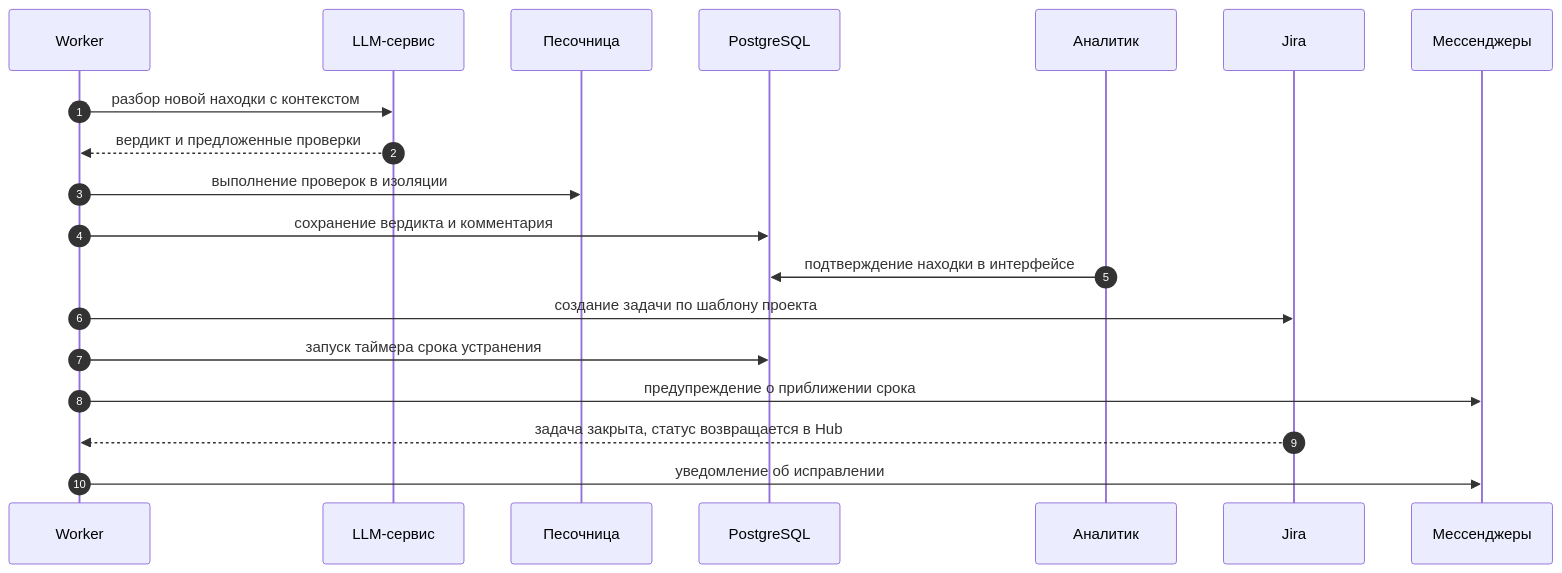
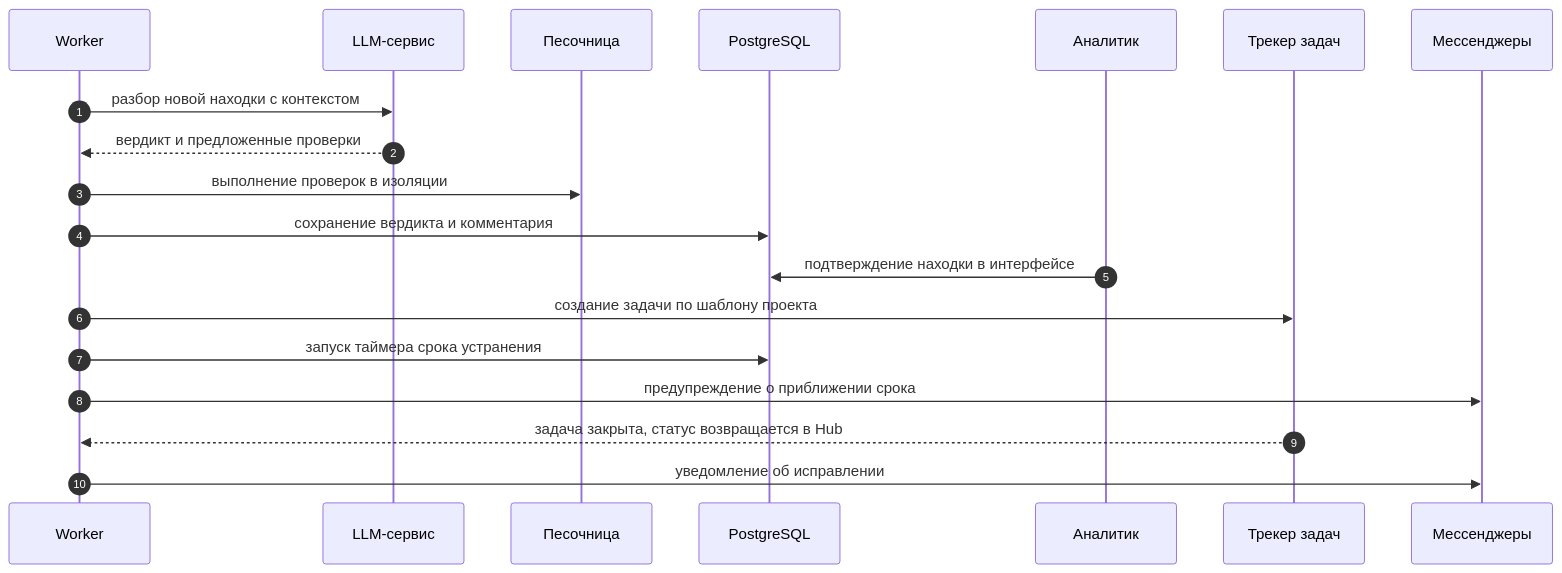
Before and after one commit to s3m4rgl/hub-docs: the sixth of 8 diagrams in docs/use-cases.md, drawn with Mermaid. The commit also changed other lines of this file and 5 other files, not shown here.

````diff
--- a/docs/use-cases.md
+++ b/docs/use-cases.md
@@ -269,22 +269,22 @@
 ```mermaid
 sequenceDiagram
     autonumber
     participant W as Worker
     participant L as LLM-сервис
     participant S as Песочница
     participant DB as PostgreSQL
     participant U as Аналитик
-    participant J as Jira
+    participant J as Трекер задач
     participant C as Мессенджеры
 
     W->>L: разбор новой находки с контекстом
     L-->>W: вердикт и предложенные проверки
     W->>S: выполнение проверок в изоляции
     W->>DB: сохранение вердикта и комментария
     U->>DB: подтверждение находки в интерфейсе
     W->>J: создание задачи по шаблону проекта
     W->>DB: запуск таймера срока устранения
     W->>C: предупреждение о приближении срока
     J-->>W: задача закрыта, статус возвращается в Hub
     W->>C: уведомление об исправлении
 ```
````
